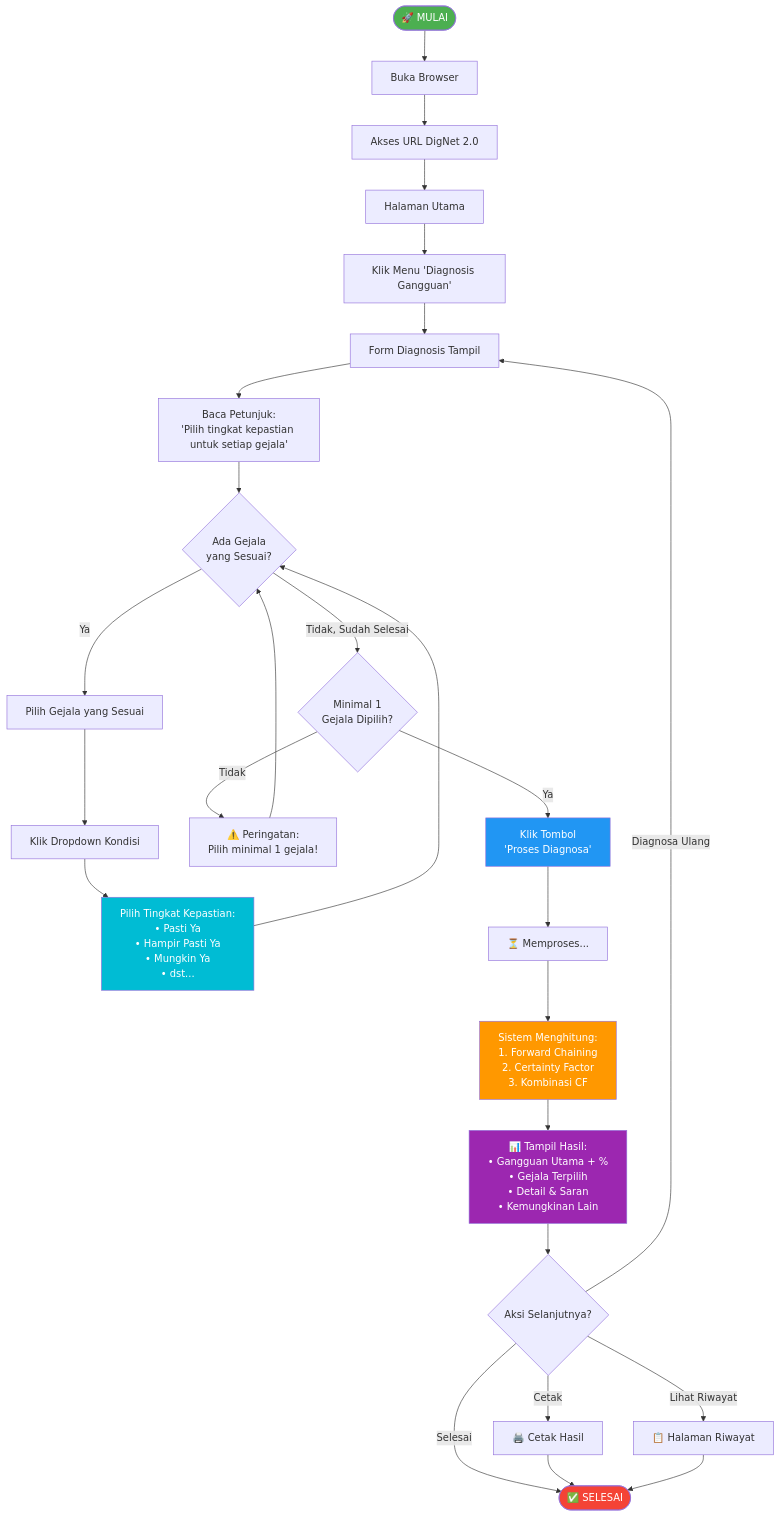
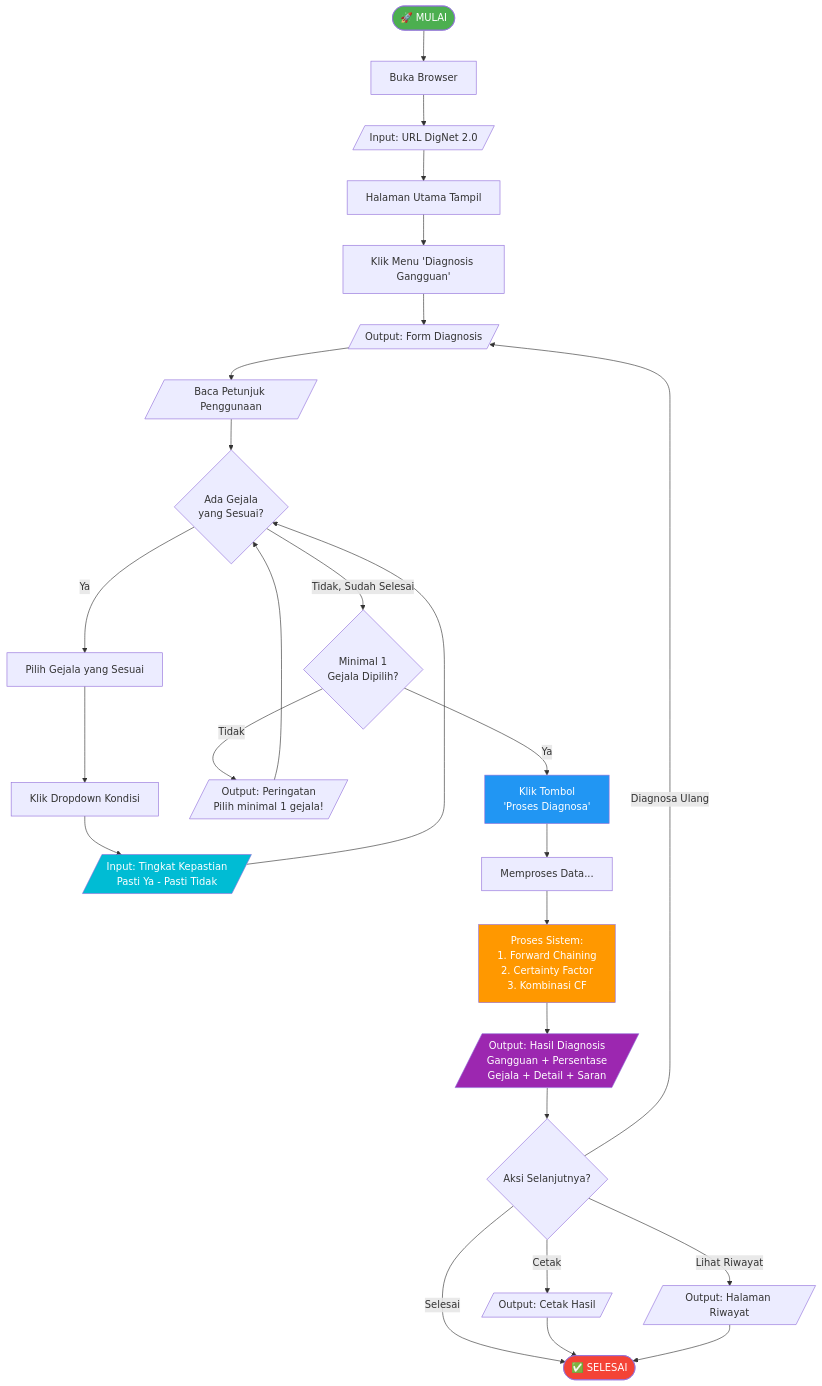
Before and after one commit to GalangPutraMaulana19/DigNet-BUG: the tenth of 11 diagrams in docs/USER_MANUAL.md, drawn with Mermaid. The commit also changed other lines of this file, not shown here.

Commit message:
Fix flowchart symbols to use standard shapes (parallelogram for I/O, stadium for terminator, etc.)

````diff
--- a/docs/USER_MANUAL.md
+++ b/docs/USER_MANUAL.md
@@ -430,55 +461,55 @@
 ```mermaid
 flowchart TD
-    %% START
+    %% START - Terminator Symbol
     Start([🚀 MULAI]) --> OpenBrowser[Buka Browser]
-    OpenBrowser --> AccessURL[Akses URL DigNet 2.0]
+    OpenBrowser --> AccessURL[/Input: URL DigNet 2.0/]
     
     %% HOME
-    AccessURL --> HomePage[Halaman Utama]
+    AccessURL --> HomePage[Halaman Utama Tampil]
     HomePage --> ClickMenu[Klik Menu 'Diagnosis Gangguan']
     
-    %% FORM DIAGNOSIS
-    ClickMenu --> DiagForm[Form Diagnosis Tampil]
-    DiagForm --> ReadInstruction["Baca Petunjuk:<br/>'Pilih tingkat kepastian untuk setiap gejala'"]
+    %% FORM DIAGNOSIS - I/O Symbol for display
+    ClickMenu --> DiagForm[/Output: Form Diagnosis/]
+    DiagForm --> ReadInstruction[/Baca Petunjuk Penggunaan/]
     
-    %% LOOP GEJALA
+    %% LOOP GEJALA - Decision Symbol
     ReadInstruction --> LoopStart{Ada Gejala<br/>yang Sesuai?}
     
     LoopStart -->|Ya| SelectSymptom[Pilih Gejala yang Sesuai]
     SelectSymptom --> OpenDropdown[Klik Dropdown Kondisi]
-    OpenDropdown --> ChooseCF["Pilih Tingkat Kepastian:<br/>• Pasti Ya<br/>• Hampir Pasti Ya<br/>• Mungkin Ya<br/>• dst..."]
+    OpenDropdown --> ChooseCF[/Input: Tingkat Kepastian<br/>Pasti Ya - Pasti Tidak/]
     ChooseCF --> LoopStart
     
     LoopStart -->|Tidak, Sudah Selesai| CheckMin{Minimal 1<br/>Gejala Dipilih?}
     
-    CheckMin -->|Tidak| Warning["⚠️ Peringatan:<br/>Pilih minimal 1 gejala!"]
+    CheckMin -->|Tidak| Warning[/Output: Peringatan<br/>Pilih minimal 1 gejala!/]
     Warning --> LoopStart
     
-    CheckMin -->|Ya| ClickProcess["Klik Tombol<br/>'Proses Diagnosa'"]
+    CheckMin -->|Ya| ClickProcess[Klik Tombol<br/>'Proses Diagnosa']
     
-    %% PROCESSING
-    ClickProcess --> Loading["⏳ Memproses..."]
-    Loading --> SystemCalc["Sistem Menghitung:<br/>1. Forward Chaining<br/>2. Certainty Factor<br/>3. Kombinasi CF"]
+    %% PROCESSING - Process Symbols
+    ClickProcess --> Loading[Memproses Data...]
+    Loading --> SystemCalc[Proses Sistem:<br/>1. Forward Chaining<br/>2. Certainty Factor<br/>3. Kombinasi CF]
     
-    %% RESULT
-    SystemCalc --> ShowResult["📊 Tampil Hasil:<br/>• Gangguan Utama + %<br/>• Gejala Terpilih<br/>• Detail & Saran<br/>• Kemungkinan Lain"]
+    %% RESULT - I/O Symbol for output
+    SystemCalc --> ShowResult[/Output: Hasil Diagnosis<br/>Gangguan + Persentase<br/>Gejala + Detail + Saran/]
     
-    %% POST RESULT ACTIONS
+    %% POST RESULT ACTIONS - Decision Symbol
     ShowResult --> PostAction{Aksi Selanjutnya?}
     
-    PostAction -->|Cetak| PrintResult["🖨️ Cetak Hasil"]
+    PostAction -->|Cetak| PrintResult[/Output: Cetak Hasil/]
     PostAction -->|Diagnosa Ulang| DiagForm
-    PostAction -->|Lihat Riwayat| HistoryPage["📋 Halaman Riwayat"]
+    PostAction -->|Lihat Riwayat| HistoryPage[/Output: Halaman Riwayat/]
     PostAction -->|Selesai| End([✅ SELESAI])
     
     PrintResult --> End
     HistoryPage --> End
     
     %% STYLING
     style Start fill:#4caf50,color:#fff
     style End fill:#f44336,color:#fff
     style ClickProcess fill:#2196f3,color:#fff
     style SystemCalc fill:#ff9800,color:#fff
     style ShowResult fill:#9c27b0,color:#fff
     style ChooseCF fill:#00bcd4,color:#fff
 ```
````
